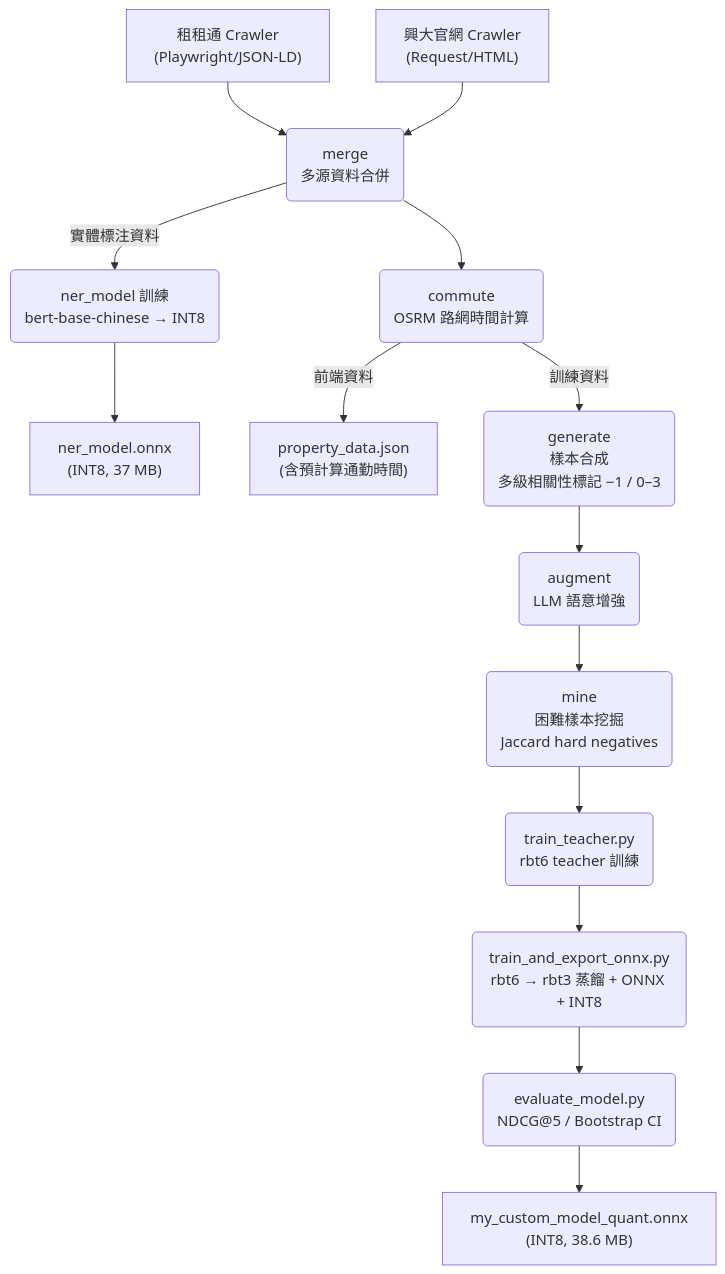
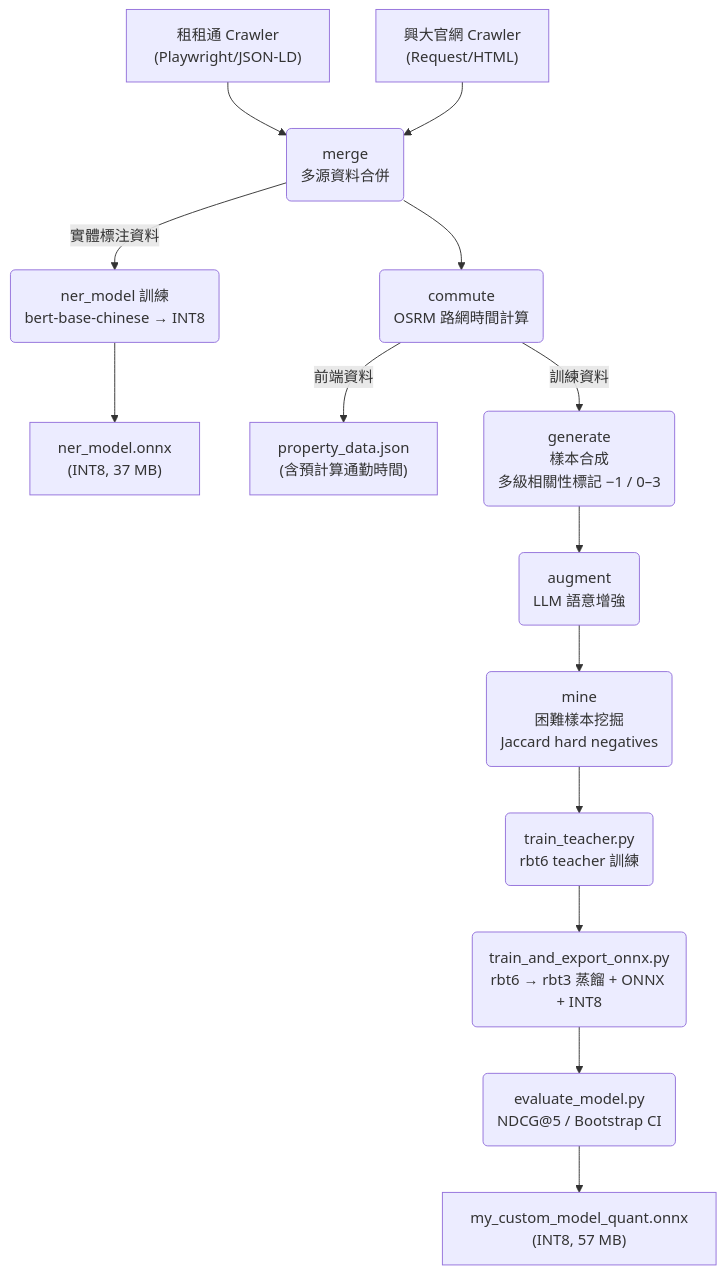
One commit to eric20041027/nchu-edge-rental-ai changed the first of 2 diagrams in README.md. Above: the diagram before and after it, drawn with Mermaid. The commit also changed other lines of this file and 1 other file, not shown here.

````diff
--- a/README.md
+++ b/README.md
@@ -78,16 +81,16 @@
 ```mermaid
 graph TD
     A1["租租通 Crawler\n(Playwright/JSON-LD)"] --> B("merge\n多源資料合併")
     A2["興大官網 Crawler\n(Request/HTML)"] --> B
     B -->|"實體標注資料"| NER_T("ner_model 訓練\nbert-base-chinese → INT8")
     NER_T --> NER_M["ner_model.onnx\n(INT8, 37 MB)"]
     B --> C("commute\nOSRM 路網時間計算")
     C -->|"前端資料"| J["property_data.json\n(含預計算通勤時間)"]
     C -->|"訓練資料"| D("generate\n樣本合成\n多級相關性標記 −1 / 0–3")
     D --> E("augment\nLLM 語意增強")
     E --> F("mine\n困難樣本挖掘\nJaccard hard negatives")
     F --> G1("train_teacher.py\nrbt6 teacher 訓練")
     G1 --> G2("train_and_export_onnx.py\nrbt6 → rbt3 蒸餾 + ONNX + INT8")
     G2 --> EVAL("evaluate_model.py\nNDCG@5 / Bootstrap CI")
-    EVAL --> H["my_custom_model_quant.onnx\n(INT8, 38.6 MB)"]
+    EVAL --> H["my_custom_model_quant.onnx\n(INT8, 57 MB)"]
 ```
````
